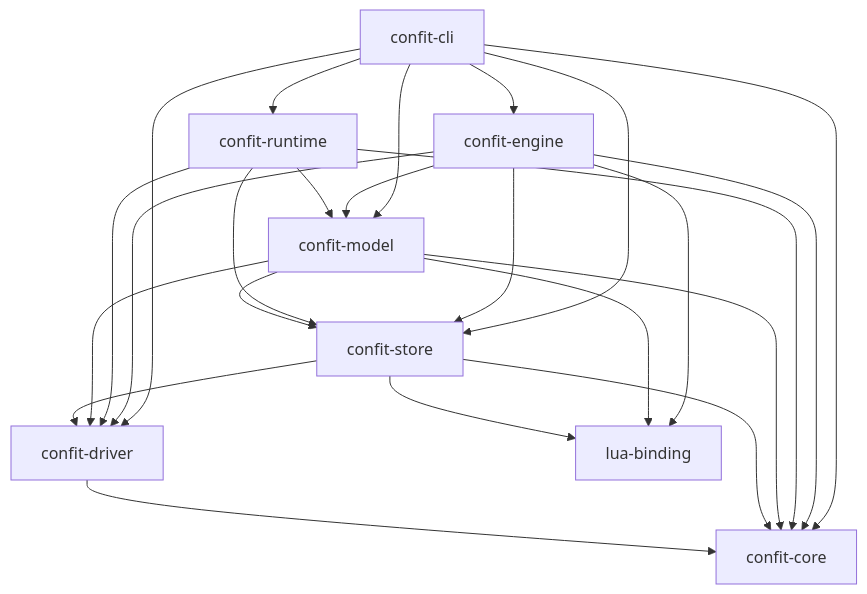
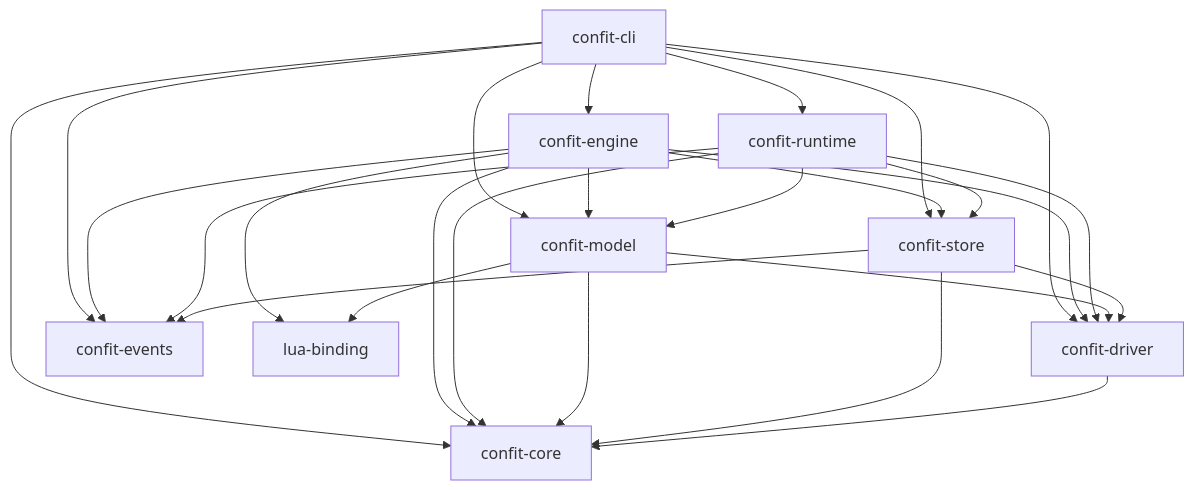
Before and after one commit to SolracHQ/confit: the diagram in docs/architecture.md, drawn with Mermaid. The commit also changed other lines of this file and 81 other files, not shown here.

First line of the commit message:
Another pre-step commit, and it became bigger than I expected. The plan was simple. Cut the model dependency into store.

````diff
--- a/docs/architecture.md
+++ b/docs/architecture.md
@@ -128,26 +134,28 @@
 ```mermaid
 graph TD
     cli["confit-cli"] --> engine["confit-engine"]
     cli --> runtime["confit-runtime"]
     cli --> model["confit-model"]
     cli --> store["confit-store"]
     cli --> driver["confit-driver"]
     cli --> core["confit-core"]
+    cli --> events["confit-events"]
     engine --> model
     engine --> store
     engine --> driver
     engine --> core
+    engine --> events
     engine --> binding["lua-binding"]
     runtime --> model
     runtime --> store
     runtime --> driver
     runtime --> core
-    model --> store
+    runtime --> events
     model --> driver
     model --> core
     model --> binding
+    store --> events
     store --> driver
     store --> core
-    store --> binding
     driver --> core
 ```
````
